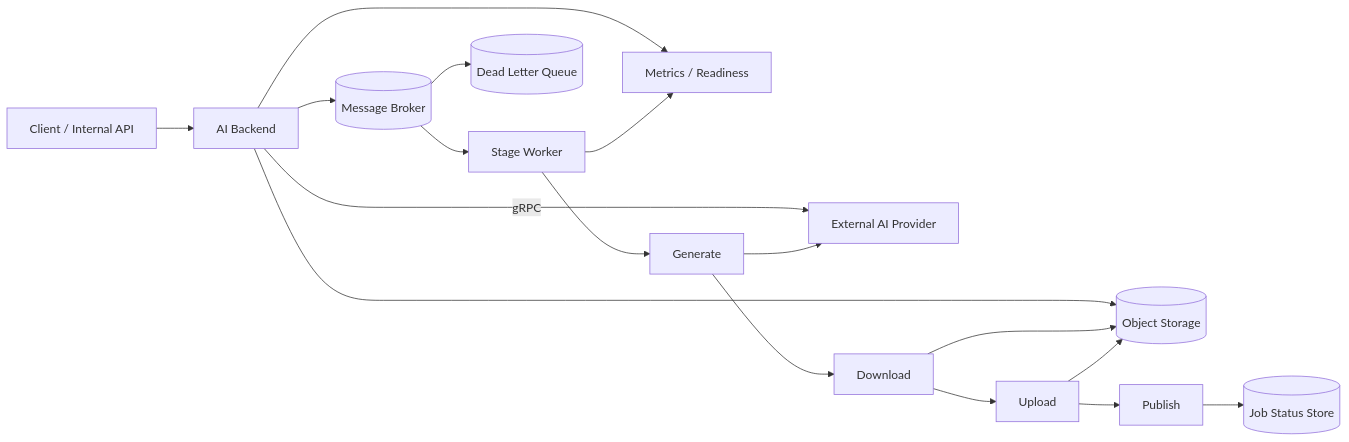
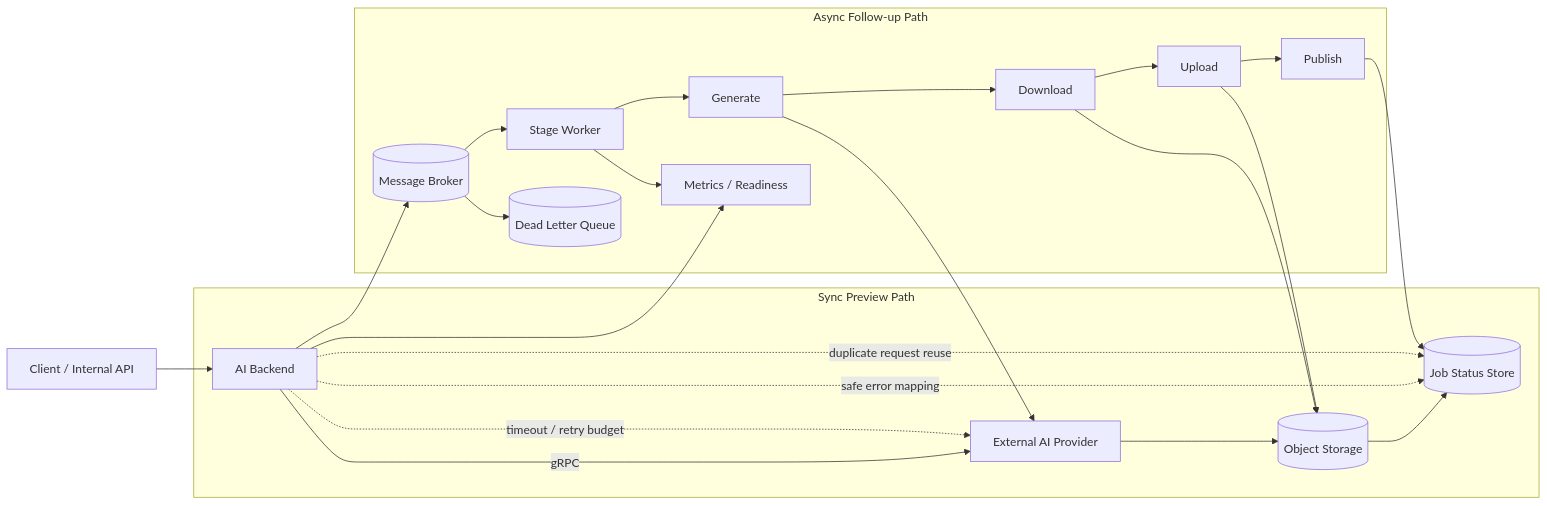
Before and after one commit to bang9ming9/bang9ming9: the diagram in projects/external-ai-model-call-backend-stabilization.md, drawn with Mermaid. The commit also changed other lines of this file and 1 other file, not shown here.

Commit message:
refine ai backend case study docs

````diff
--- a/projects/external-ai-model-call-backend-stabilization.md
+++ b/projects/external-ai-model-call-backend-stabilization.md
@@ -100,22 +100,30 @@
 ```mermaid
 flowchart LR
     Client[Client / Internal API] --> API[AI Backend]
-    API -->|gRPC| Provider[External AI Provider]
-    API --> Broker[(Message Broker)]
-    API --> Storage[(Object Storage)]
-    API --> Obs[Metrics / Readiness]
 
-    Broker --> Worker[Stage Worker]
-    Worker --> G[Generate]
-    G --> D[Download]
-    D --> U[Upload]
-    U --> P[Publish]
+    subgraph Sync[Sync Preview Path]
+        API -->|gRPC| Provider[External AI Provider]
+        Provider --> Storage[(Object Storage)]
+        Storage --> Status[(Job Status Store)]
+        API -. timeout / retry budget .-> Provider
+        API -. safe error mapping .-> Status
+        API -. duplicate request reuse .-> Status
+    end
 
-    G --> Provider
-    D --> Storage
-    U --> Storage
-    P --> Status[(Job Status Store)]
+    subgraph Async[Async Follow-up Path]
+        Broker[(Message Broker)] --> Worker[Stage Worker]
+        Worker --> G[Generate]
+        G --> D[Download]
+        D --> U[Upload]
+        U --> P[Publish]
+        G --> Provider
+        D --> Storage
+        U --> Storage
+        P --> Status
+        Broker --> DLQ[(Dead Letter Queue)]
+        Worker --> Obs[Metrics / Readiness]
+    end
 
-    Worker --> Obs
-    Broker --> DLQ[(Dead Letter Queue)]
+    API --> Broker
+    API --> Obs
 ```
````
